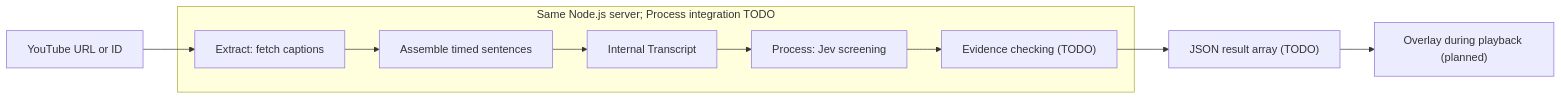
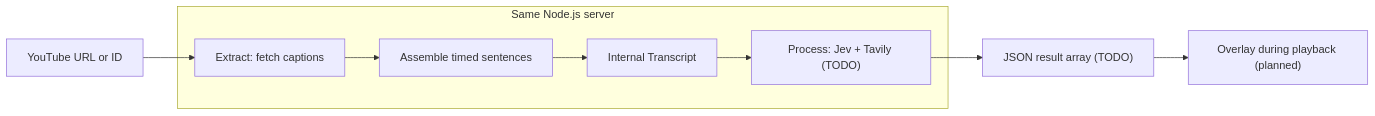
Before and after one commit to twbraam/pila: the diagram in README.md, drawn with Mermaid. The commit also changed other lines of this file and 127 other files, not shown here.

````diff
--- a/README.md
+++ b/README.md
@@ -32,12 +32,11 @@
 ```mermaid
 flowchart LR
     A["YouTube URL or ID"] --> B
-    subgraph Server["Same Node.js server; Process integration TODO"]
+    subgraph Server["Same Node.js server"]
         B["Extract: fetch captions"] --> C["Assemble timed sentences"]
         C --> D["Internal Transcript"]
-        D --> E["Process: Jev screening"]
-        E --> H["Evidence checking (TODO)"]
+        D --> E["Process: Jev + Tavily (TODO)"]
     end
-    H --> F["JSON result array (TODO)"]
+    E --> F["JSON result array (TODO)"]
     F --> G["Overlay during playback (planned)"]
 ```
````
